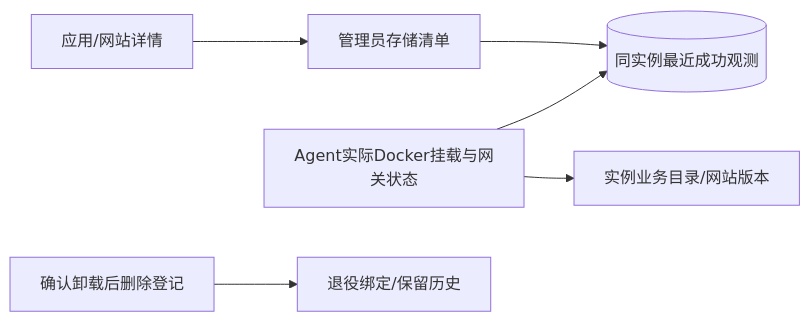
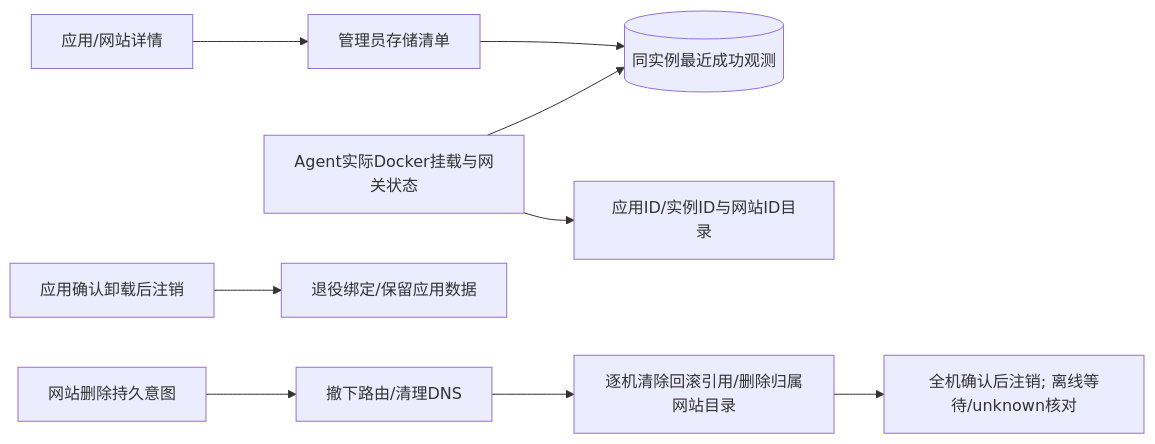
Diagram 48 of 48 in docs/system-design.md (workhold/lightmoni), drawn with Mermaid before and after one commit. The commit also changed other lines of this file and 34 other files, not shown here.

````diff
--- a/docs/system-design.md
+++ b/docs/system-design.md
@@ -2519,8 +2521,11 @@
 ```mermaid
 flowchart LR
   D[应用/网站详情] --> C[管理员存储清单]
   C --> O[(同实例最近成功观测)]
   A[Agent实际Docker挂载与网关状态] --> O
-  A --> B[实例业务目录/网站版本]
-  U[确认卸载后删除登记] --> H[退役绑定/保留历史]
+  A --> B[应用ID/实例ID与网站ID目录]
+  U[应用确认卸载后注销] --> H[退役绑定/保留应用数据]
+  X[网站删除持久意图] --> W[撤下路由/清理DNS]
+  W --> R[逐机清除回滚引用/删除归属网站目录]
+  R --> F[全机确认后注销; 离线等待/unknown核对]
 ```
````
